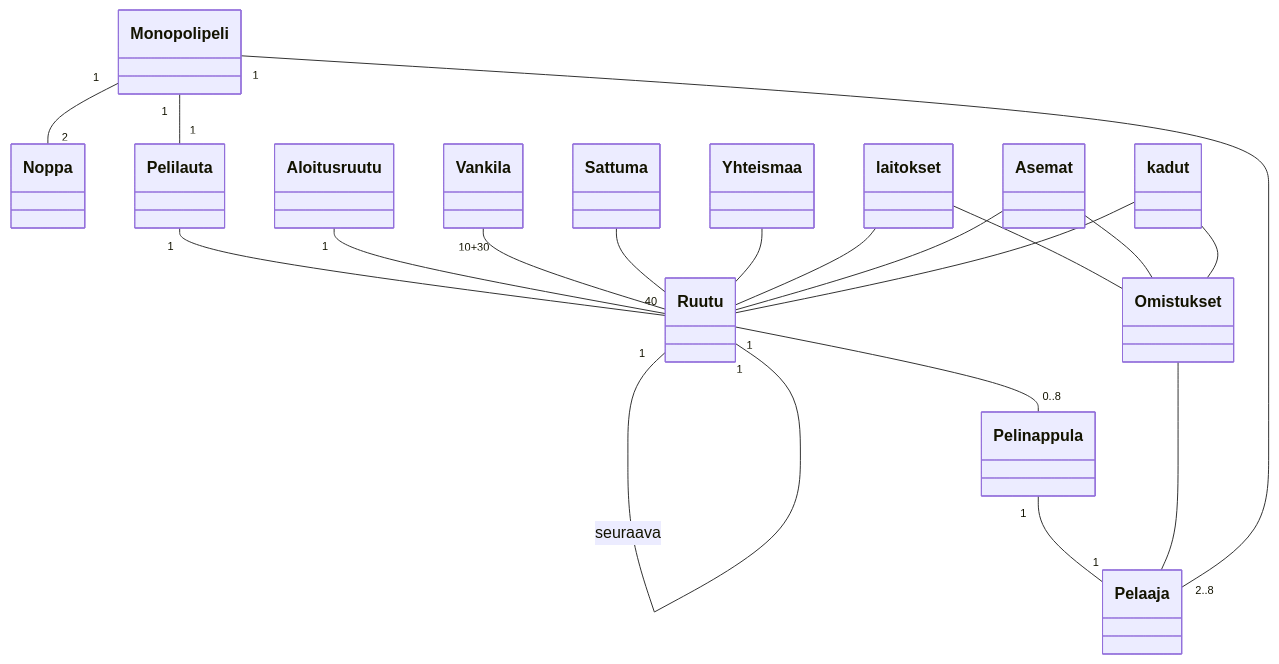
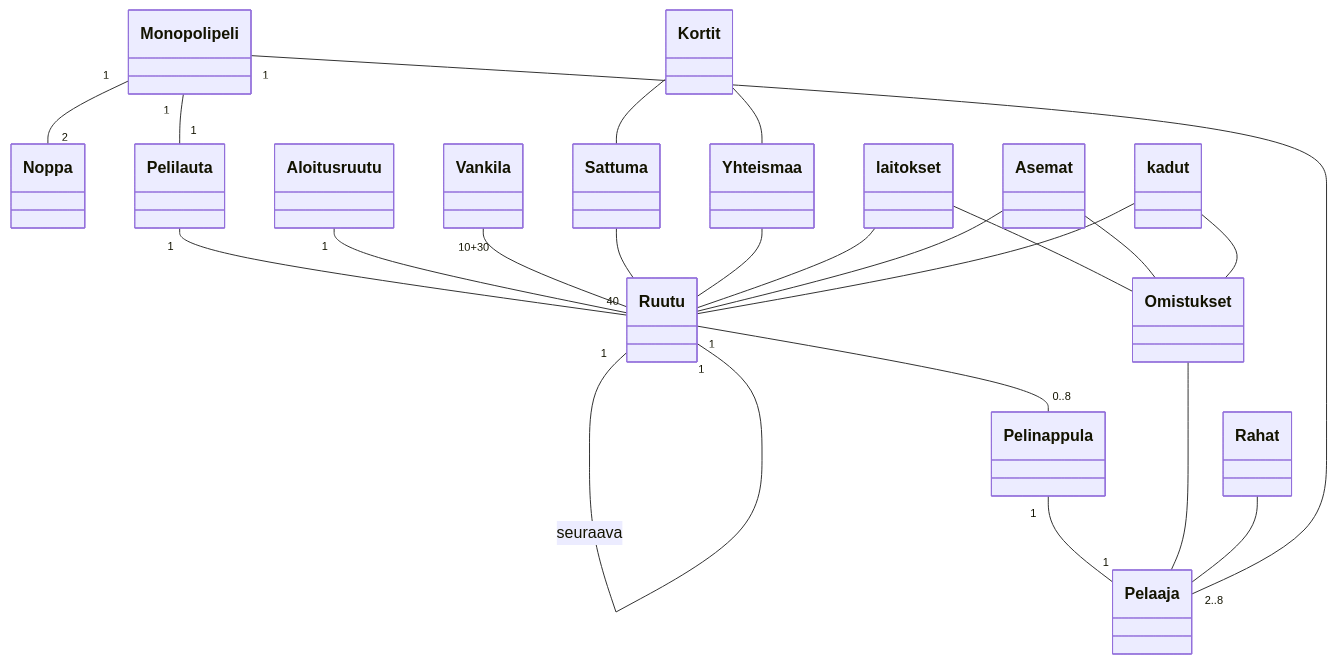
Before and after one commit to lahgit/ot-harjoitustyo: the diagram in laskarit/viikko3/monopoli.md, drawn with Mermaid.

Commit message:
monopoli.md

````diff
--- a/laskarit/viikko3/monopoli.md
+++ b/laskarit/viikko3/monopoli.md
@@ -3,21 +3,24 @@
 ```mermaid
  classDiagram
     Monopolipeli "1" -- "2" Noppa
     Monopolipeli "1" -- "1" Pelilauta
     Pelilauta "1" -- "40" Ruutu
     Ruutu "1" -- "1" Ruutu : seuraava
     Ruutu "1" -- "0..8" Pelinappula
     Pelinappula "1" -- "1" Pelaaja
     Pelaaja "2..8" -- "1" Monopolipeli
     Aloitusruutu "1" -- Ruutu
     Vankila "10+30" -- Ruutu
     Sattuma -- Ruutu
     Yhteismaa -- Ruutu
     laitokset -- Ruutu
     Asemat -- Ruutu
     kadut -- Ruutu
     Omistukset -- Pelaaja
     laitokset -- Omistukset
     Asemat -- Omistukset
-    kadut -- Omistukset   
+    kadut -- Omistukset
+    Rahat -- Pelaaja
+    Kortit -- Yhteismaa
+    Kortit -- Sattuma   
 ```
````
